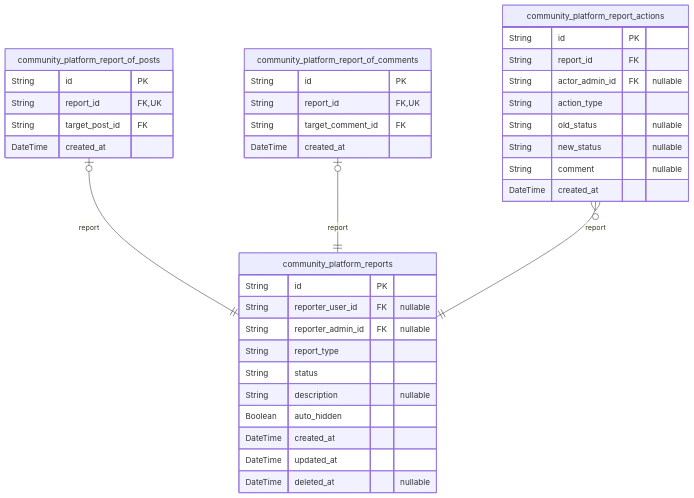
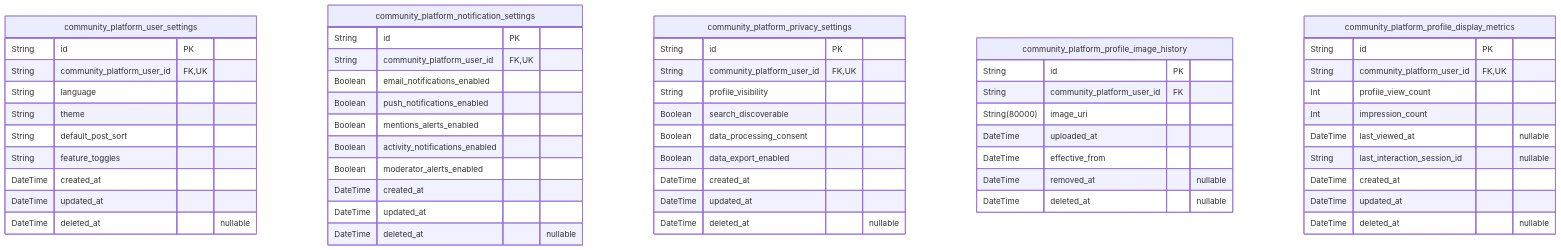
One commit to wrtnlabs/autobe-examples changed the ninth of 11 diagrams in openai/gpt-4.1/reddit/docs/ERD.md. Above: the diagram before and after it, drawn with Mermaid. The commit also changed other lines of this file and 22498 other files, not shown here.

````diff
--- a/openai/gpt-4.1/reddit/docs/ERD.md
+++ b/openai/gpt-4.1/reddit/docs/ERD.md
@@ -1053,40 +1807,57 @@
 ```mermaid
 erDiagram
-"community_platform_reports" {
+"community_platform_user_settings" {
   String id PK
-  String reporter_user_id FK "nullable"
-  String reporter_admin_id FK "nullable"
-  String report_type
-  String status
-  String description "nullable"
-  Boolean auto_hidden
+  String community_platform_user_id FK,UK
+  String language
+  String theme
+  String default_post_sort
+  String feature_toggles
   DateTime created_at
   DateTime updated_at
   DateTime deleted_at "nullable"
 }
-"community_platform_report_of_posts" {
+"community_platform_notification_settings" {
   String id PK
-  String report_id FK,UK
-  String target_post_id FK
+  String community_platform_user_id FK,UK
+  Boolean email_notifications_enabled
+  Boolean push_notifications_enabled
+  Boolean mentions_alerts_enabled
+  Boolean activity_notifications_enabled
+  Boolean moderator_alerts_enabled
   DateTime created_at
+  DateTime updated_at
+  DateTime deleted_at "nullable"
 }
-"community_platform_report_of_comments" {
+"community_platform_privacy_settings" {
   String id PK
-  String report_id FK,UK
-  String target_comment_id FK
+  String community_platform_user_id FK,UK
+  String profile_visibility
+  Boolean search_discoverable
+  Boolean data_processing_consent
+  Boolean data_export_enabled
   DateTime created_at
+  DateTime updated_at
+  DateTime deleted_at "nullable"
 }
-"community_platform_report_actions" {
+"community_platform_profile_image_history" {
   String id PK
-  String report_id FK
-  String actor_admin_id FK "nullable"
-  String action_type
-  String old_status "nullable"
-  String new_status "nullable"
-  String comment "nullable"
+  String community_platform_user_id FK
+  String(80000) image_uri
+  DateTime uploaded_at
+  DateTime effective_from
+  DateTime removed_at "nullable"
+  DateTime deleted_at "nullable"
+}
+"community_platform_profile_display_metrics" {
+  String id PK
+  String community_platform_user_id FK,UK
+  Int profile_view_count
+  Int impression_count
+  DateTime last_viewed_at "nullable"
+  String last_interaction_session_id "nullable"
   DateTime created_at
+  DateTime updated_at
+  DateTime deleted_at "nullable"
 }
-"community_platform_report_of_posts" |o--|| "community_platform_reports" : report
-"community_platform_report_of_comments" |o--|| "community_platform_reports" : report
-"community_platform_report_actions" }o--|| "community_platform_reports" : report
 ```
````
